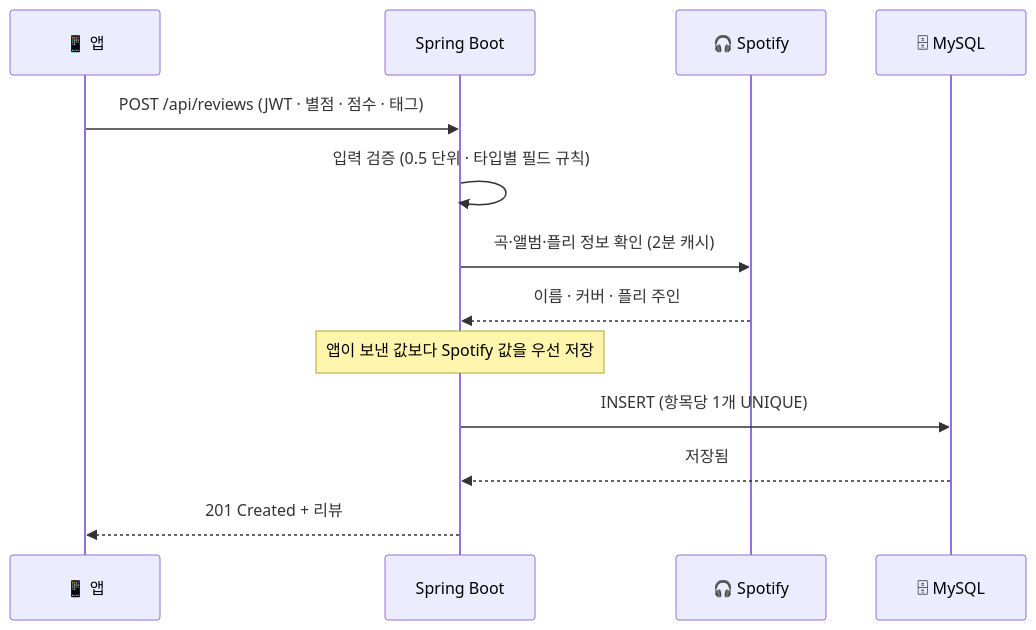
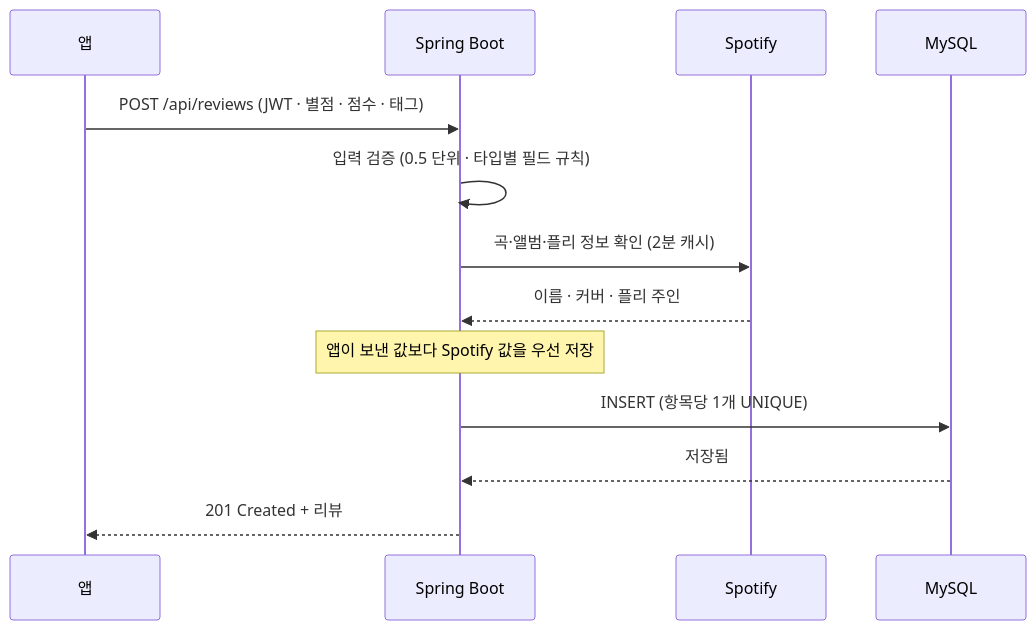
The second of 3 diagrams in README.md (minwoo0708/PLIVIEW_server), drawn with Mermaid before and after one commit. The commit also changed other lines of this file, not shown here.

Commit message:
fix(readme): 다이어그램에서 이모지를 빼고 구조도를 간단히 (GitHub에서 아래가 잘리던 문제)

````diff
--- a/README.md
+++ b/README.md
@@ -72,16 +60,16 @@
 ```mermaid
 sequenceDiagram
-    participant App as 📱 앱
+    participant App as 앱
     participant API as Spring Boot
-    participant SP as 🎧 Spotify
-    participant DB as 🗄 MySQL
+    participant SP as Spotify
+    participant DB as MySQL
 
     App->>API: POST /api/reviews (JWT · 별점 · 점수 · 태그)
     API->>API: 입력 검증 (0.5 단위 · 타입별 필드 규칙)
     API->>SP: 곡·앨범·플리 정보 확인 (2분 캐시)
     SP-->>API: 이름 · 커버 · 플리 주인
     Note over API: 앱이 보낸 값보다 Spotify 값을 우선 저장
     API->>DB: INSERT (항목당 1개 UNIQUE)
     DB-->>API: 저장됨
     API-->>App: 201 Created + 리뷰
 ```
````
